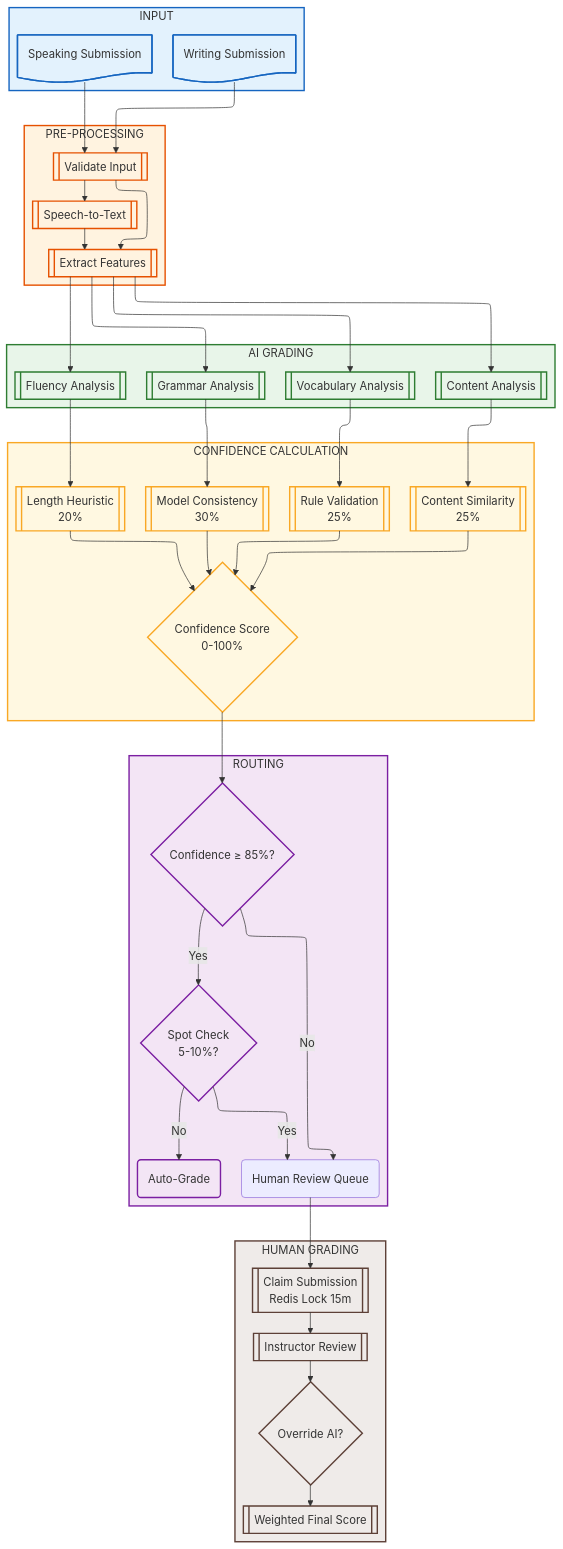
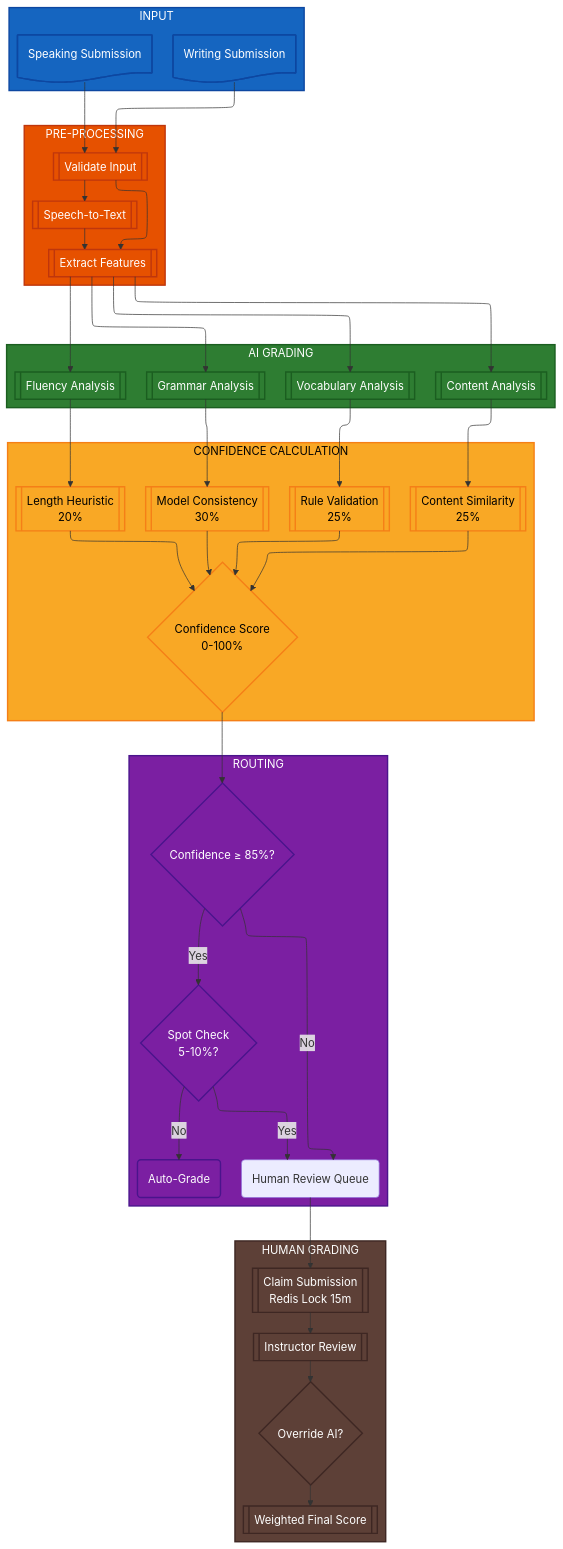
Before and after one commit to nghyane/VSTEP: the eighth of 12 diagrams in docs/capstone/diagrams/flow-diagrams.vi.md, drawn with Mermaid. The commit also changed other lines of this file, not shown here.

First line of the commit message:
fix(docs): update diagram colors for dark mode compatibility

````diff
--- a/docs/capstone/diagrams/flow-diagrams.vi.md
+++ b/docs/capstone/diagrams/flow-diagrams.vi.md
@@ -400,82 +400,82 @@
 ```mermaid
 ---
 config:
   layout: elk
 ---
 flowchart TB
     subgraph Input["INPUT"]
         Writing@{ shape: doc, label: "Writing Submission" }
         Speaking@{ shape: doc, label: "Speaking Submission" }
     end
 
     subgraph Preprocess["PRE-PROCESSING"]
         Validate@{ shape: fr-rect, label: "Validate Input" }
         Transcribe@{ shape: fr-rect, label: "Speech-to-Text" }
         Extract@{ shape: fr-rect, label: "Extract Features" }
     end
 
     subgraph AIGrading["AI GRADING"]
         direction TB
         Grammar@{ shape: fr-rect, label: "Grammar Analysis" }
         Vocab@{ shape: fr-rect, label: "Vocabulary Analysis" }
         Content@{ shape: fr-rect, label: "Content Analysis" }
         Fluency@{ shape: fr-rect, label: "Fluency Analysis" }
     end
 
     subgraph Confidence["CONFIDENCE CALCULATION"]
         ModelCons@{ shape: fr-rect, label: "Model Consistency<br/>30%" }
         RuleVal@{ shape: fr-rect, label: "Rule Validation<br/>25%" }
         ContentSim@{ shape: fr-rect, label: "Content Similarity<br/>25%" }
         LengthHeur@{ shape: fr-rect, label: "Length Heuristic<br/>20%" }
         Score@{ shape: diam, label: "Confidence Score\n0-100%" }
     end
 
     subgraph Routing["ROUTING"]
         Threshold@{ shape: diam, label: "Confidence ≥ 85%?" }
         SpotCheck@{ shape: diam, label: "Spot Check<br/>5-10%?" }
         Auto@{ shape: rounded, label: "Auto-Grade" }
         Human@{ shape: rounded, label: "Human Review Queue" }
     end
 
     subgraph HumanGrading["HUMAN GRADING"]
         Claim@{ shape: fr-rect, label: "Claim Submission<br/>Redis Lock 15m" }
         Review@{ shape: fr-rect, label: "Instructor Review" }
         Override@{ shape: diam, label: "Override AI?" }
         Weighted@{ shape: fr-rect, label: "Weighted Final Score" }
     end
 
     Writing --> Validate --> Extract
     Speaking --> Validate --> Transcribe --> Extract
     
     Extract --> Grammar --> ModelCons
     Extract --> Vocab --> RuleVal
     Extract --> Content --> ContentSim
     Extract --> Fluency --> LengthHeur
     
     ModelCons --> Score
     RuleVal --> Score
     ContentSim --> Score
     LengthHeur --> Score
     
     Score --> Threshold
     Threshold -->|"Yes"| SpotCheck
     SpotCheck -->|"No"| Auto
     SpotCheck -->|"Yes"| Human
     Threshold -->|"No"| Human
     
     Human --> Claim --> Review --> Override --> Weighted
 
-    classDef input fill:#e3f2fd,stroke:#1565c0,stroke-width:2px
-    classDef process fill:#fff3e0,stroke:#e65100,stroke-width:2px
-    classDef ai fill:#e8f5e9,stroke:#2e7d32,stroke-width:2px
-    classDef conf fill:#fff8e1,stroke:#f9a825,stroke-width:2px
-    classDef route fill:#f3e5f5,stroke:#7b1fa2,stroke-width:2px
-    classDef human fill:#efebe9,stroke:#5d4037,stroke-width:2px
+    classDef input fill:#1565c0,stroke:#0d47a1,stroke-width:2px,color:#fff
+    classDef process fill:#e65100,stroke:#bf360c,stroke-width:2px,color:#fff
+    classDef ai fill:#2e7d32,stroke:#1b5e20,stroke-width:2px,color:#fff
+    classDef conf fill:#f9a825,stroke:#f57f17,stroke-width:2px,color:#000
+    classDef route fill:#7b1fa2,stroke:#4a148c,stroke-width:2px,color:#fff
+    classDef human fill:#5d4037,stroke:#3e2723,stroke-width:2px,color:#fff
 
     class Input,Writing,Speaking input
     class Preprocess,Validate,Transcribe,Extract process
     class AIGrading,Grammar,Vocab,Content,Fluency ai
     class Confidence,ModelCons,RuleVal,ContentSim,LengthHeur,Score conf
     class Routing,Threshold,SpotCheck,Auto route
     class HumanGrading,Claim,Review,Override,Weighted human
 ```
````
